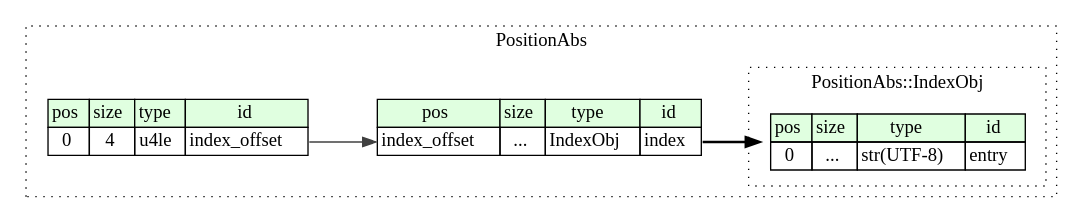
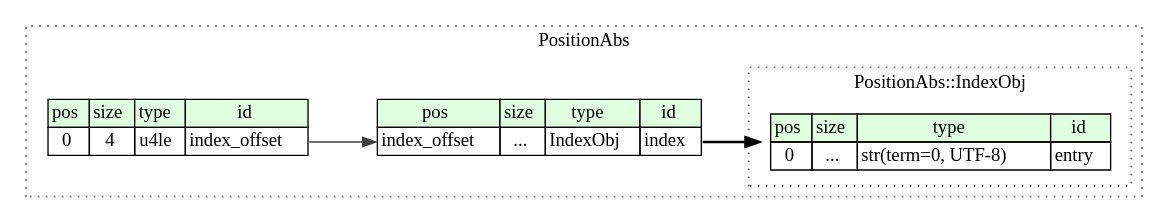
The diagram in compiled/graphviz/position_abs.dot (kaitai-io/ci_targets), drawn with Graphviz before and after one commit. The commit also changed 439 other files, not shown here.

```diff
--- a/compiled/graphviz/position_abs.dot
+++ b/compiled/graphviz/position_abs.dot
@@ -1,28 +1,28 @@
 digraph {
 	rankdir=LR;
 	node [shape=plaintext];
 	subgraph cluster__position_abs {
 		label="PositionAbs";
 		graph[style=dotted];
 
 		position_abs__seq [label=<<TABLE BORDER="0" CELLBORDER="1" CELLSPACING="0">
 			<TR><TD BGCOLOR="#E0FFE0">pos</TD><TD BGCOLOR="#E0FFE0">size</TD><TD BGCOLOR="#E0FFE0">type</TD><TD BGCOLOR="#E0FFE0">id</TD></TR>
 			<TR><TD PORT="index_offset_pos">0</TD><TD PORT="index_offset_size">4</TD><TD>u4le</TD><TD PORT="index_offset_type">index_offset</TD></TR>
 		</TABLE>>];
 		position_abs__inst__index [label=<<TABLE BORDER="0" CELLBORDER="1" CELLSPACING="0">
 			<TR><TD BGCOLOR="#E0FFE0">pos</TD><TD BGCOLOR="#E0FFE0">size</TD><TD BGCOLOR="#E0FFE0">type</TD><TD BGCOLOR="#E0FFE0">id</TD></TR>
 			<TR><TD PORT="index_pos">index_offset</TD><TD PORT="index_size">...</TD><TD>IndexObj</TD><TD PORT="index_type">index</TD></TR>
 		</TABLE>>];
 		subgraph cluster__index_obj {
 			label="PositionAbs::IndexObj";
 			graph[style=dotted];
 
 			index_obj__seq [label=<<TABLE BORDER="0" CELLBORDER="1" CELLSPACING="0">
 				<TR><TD BGCOLOR="#E0FFE0">pos</TD><TD BGCOLOR="#E0FFE0">size</TD><TD BGCOLOR="#E0FFE0">type</TD><TD BGCOLOR="#E0FFE0">id</TD></TR>
-				<TR><TD PORT="entry_pos">0</TD><TD PORT="entry_size">...</TD><TD>str(UTF-8)</TD><TD PORT="entry_type">entry</TD></TR>
+				<TR><TD PORT="entry_pos">0</TD><TD PORT="entry_size">...</TD><TD>str(term=0, UTF-8)</TD><TD PORT="entry_type">entry</TD></TR>
 			</TABLE>>];
 		}
 	}
 	position_abs__seq:index_offset_type -> position_abs__inst__index:index_pos [color="#404040"];
 	position_abs__inst__index:index_type -> index_obj__seq [style=bold];
 }
```
